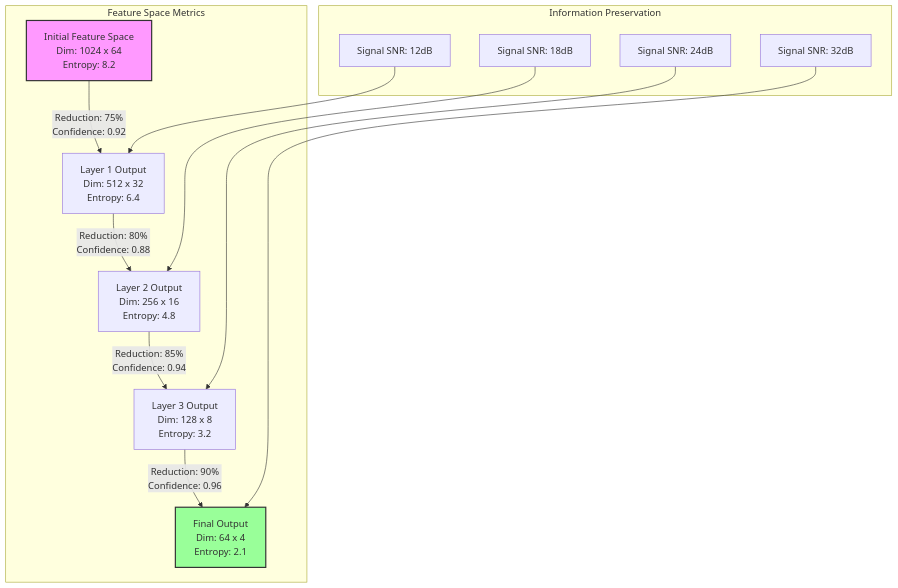
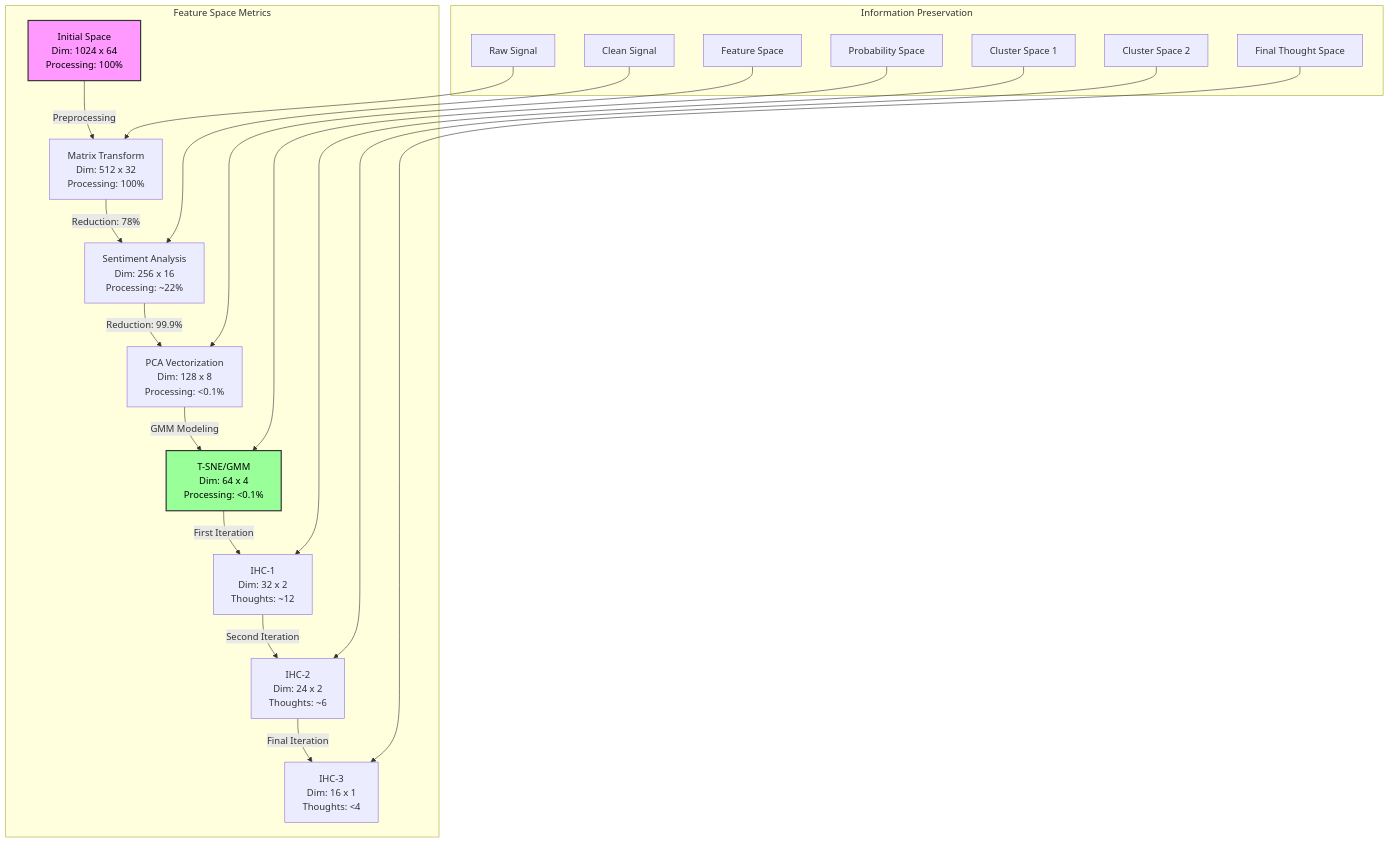
Before and after one commit to MatthewLaw1/Synaptic-Engine: the second of 2 diagrams in README.md, drawn with Mermaid. The commit also changed other lines of this file, not shown here.

````diff
--- a/README.md
+++ b/README.md
@@ -109,25 +124,34 @@
 ```mermaid
 graph TD
     subgraph "Feature Space Metrics"
-        I[Initial Feature Space<br>Dim: 1024 x 64<br>Entropy: 8.2]
-        L1[Layer 1 Output<br>Dim: 512 x 32<br>Entropy: 6.4]
-        L2[Layer 2 Output<br>Dim: 256 x 16<br>Entropy: 4.8]
-        L3[Layer 3 Output<br>Dim: 128 x 8<br>Entropy: 3.2]
-        L4[Final Output<br>Dim: 64 x 4<br>Entropy: 2.1]
+        I[Initial Space<br>Dim: 1024 x 64<br>Processing: 100%]
+        L1[Matrix Transform<br>Dim: 512 x 32<br>Processing: 100%]
+        L2[Sentiment Analysis<br>Dim: 256 x 16<br>Processing: ~22%]
+        L3[PCA Vectorization<br>Dim: 128 x 8<br>Processing: <0.1%]
+        L4[T-SNE/GMM<br>Dim: 64 x 4<br>Processing: <0.1%]
+        L5[IHC-1<br>Dim: 32 x 2<br>Thoughts: ~12]
+        L6[IHC-2<br>Dim: 24 x 2<br>Thoughts: ~6]
+        L7[IHC-3<br>Dim: 16 x 1<br>Thoughts: <4]
         
-        I -->|"Reduction: 75%<br>Confidence: 0.92"| L1
-        L1 -->|"Reduction: 80%<br>Confidence: 0.88"| L2
-        L2 -->|"Reduction: 85%<br>Confidence: 0.94"| L3
-        L3 -->|"Reduction: 90%<br>Confidence: 0.96"| L4
+        I -->|"Preprocessing"| L1
+        L1 -->|"Reduction: 78%"| L2
+        L2 -->|"Reduction: 99.9%"| L3
+        L3 -->|"GMM Modeling"| L4
+        L4 -->|"First Iteration"| L5
+        L5 -->|"Second Iteration"| L6
+        L6 -->|"Final Iteration"| L7
     end
 
     subgraph "Information Preservation"
-        I1[Signal SNR: 12dB] --> L1
-        I2[Signal SNR: 18dB] --> L2
-        I3[Signal SNR: 24dB] --> L3
-        I4[Signal SNR: 32dB] --> L4
+        I1[Raw Signal] --> L1
+        I2[Clean Signal] --> L2
+        I3[Feature Space] --> L3
+        I4[Probability Space] --> L4
+        I5[Cluster Space 1] --> L5
+        I6[Cluster Space 2] --> L6
+        I7[Final Thought Space] --> L7
     end
 
-    style I fill:#f9f,stroke:#333,stroke-width:2px
-    style L4 fill:#9f9,stroke:#333,stroke-width:2px
+    style I fill:#f9f,stroke:#333,stroke-width:2px,color:#000
+    style L4 fill:#9f9,stroke:#333,stroke-width:2px,color:#000
 ```
````
